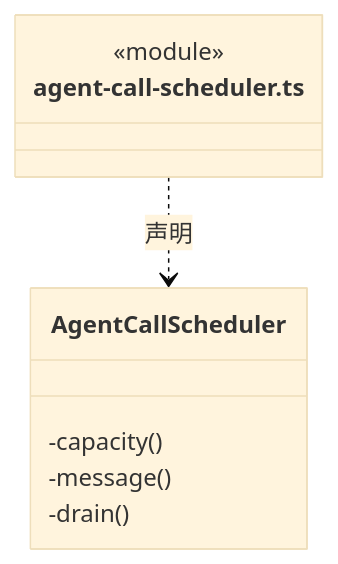
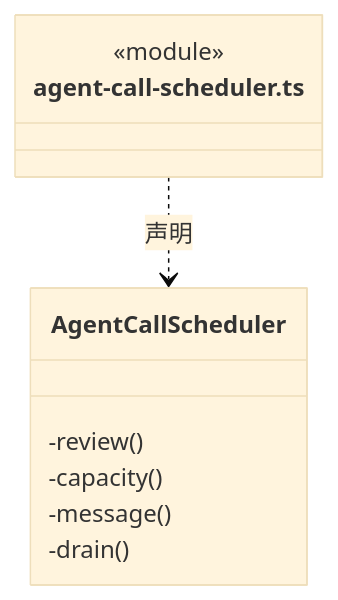
Before and after one commit to nan023062/cbim: the second of 9 diagrams in src/logic/execution/assembly/ARCHITECTURE.md, drawn with Mermaid (base theme). The commit also changed other lines of this file and 139 other files, not shown here.

Commit message:
docs(architecture): add source reading paths and complete file inventories

````diff
--- a/src/logic/execution/assembly/ARCHITECTURE.md
+++ b/src/logic/execution/assembly/ARCHITECTURE.md
@@ -61,12 +65,13 @@
 ```mermaid
 classDiagram
 class N_src_logic_execution_assembly_agent_call_scheduler_ts["agent-call-scheduler.ts"] {
   <<module>>
 }
 class N_src_logic_execution_assembly_agent_call_scheduler_ts_AgentCallScheduler["AgentCallScheduler"] {
+  -review()
   -capacity()
   -message()
   -drain()
 }
 N_src_logic_execution_assembly_agent_call_scheduler_ts ..> N_src_logic_execution_assembly_agent_call_scheduler_ts_AgentCallScheduler : 声明
 ```
````
